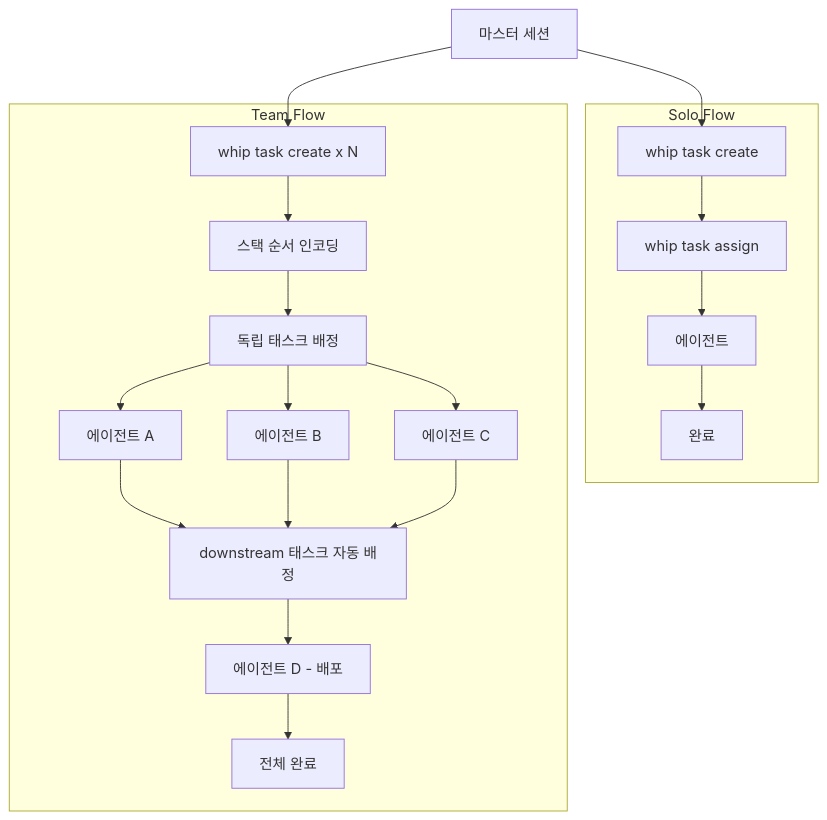
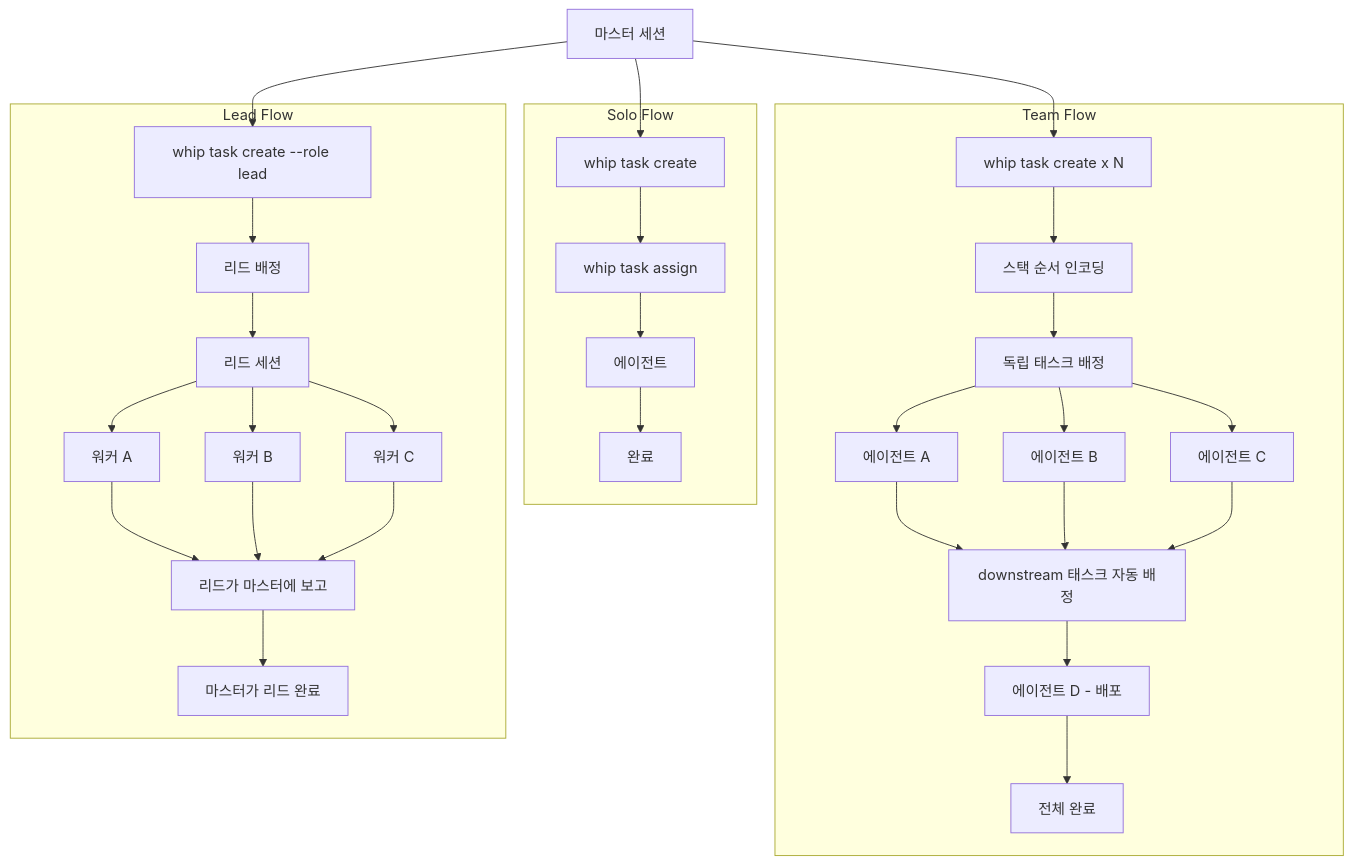
Before and after one commit to DongGukMon/ai-tools: the third of 4 diagrams in whip/docs/workflow-ko.md, drawn with Mermaid. The commit also changed other lines of this file and 12 other files, not shown here.

````diff
--- a/whip/docs/workflow-ko.md
+++ b/whip/docs/workflow-ko.md
@@ -346,26 +399,39 @@
 ```mermaid
 flowchart TB
     Master[마스터 세션]
 
     subgraph "Solo Flow"
         S_Create[whip task create] --> S_Assign[whip task assign]
         S_Assign --> S_Agent[에이전트]
         S_Agent --> S_Done[완료]
     end
 
     subgraph "Team Flow"
         T_Create[whip task create x N] --> T_Dep[스택 순서 인코딩]
         T_Dep --> T_Assign[독립 태스크 배정]
         T_Assign --> T_A1[에이전트 A]
         T_Assign --> T_A2[에이전트 B]
         T_Assign --> T_A3[에이전트 C]
         T_A1 --> T_Auto[downstream 태스크 자동 배정]
         T_A2 --> T_Auto
         T_A3 --> T_Auto
         T_Auto --> T_A4[에이전트 D - 배포]
         T_A4 --> T_Done[전체 완료]
     end
 
+    subgraph "Lead Flow"
+        L_Create[whip task create --role lead] --> L_Assign[리드 배정]
+        L_Assign --> L_Lead[리드 세션]
+        L_Lead --> L_W1[워커 A]
+        L_Lead --> L_W2[워커 B]
+        L_Lead --> L_W3[워커 C]
+        L_W1 --> L_Report[리드가 마스터에 보고]
+        L_W2 --> L_Report
+        L_W3 --> L_Report
+        L_Report --> L_Done[마스터가 리드 완료]
+    end
+
     Master --> S_Create
     Master --> T_Create
+    Master --> L_Create
 ```
````
